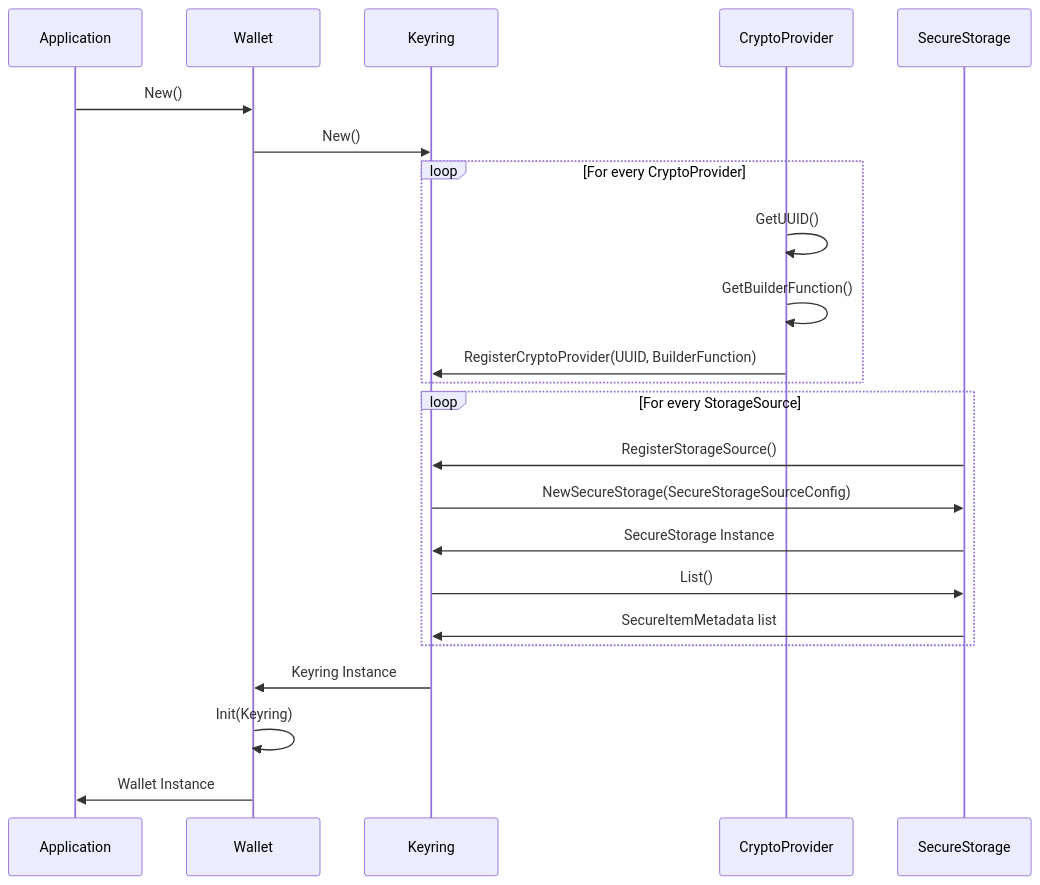
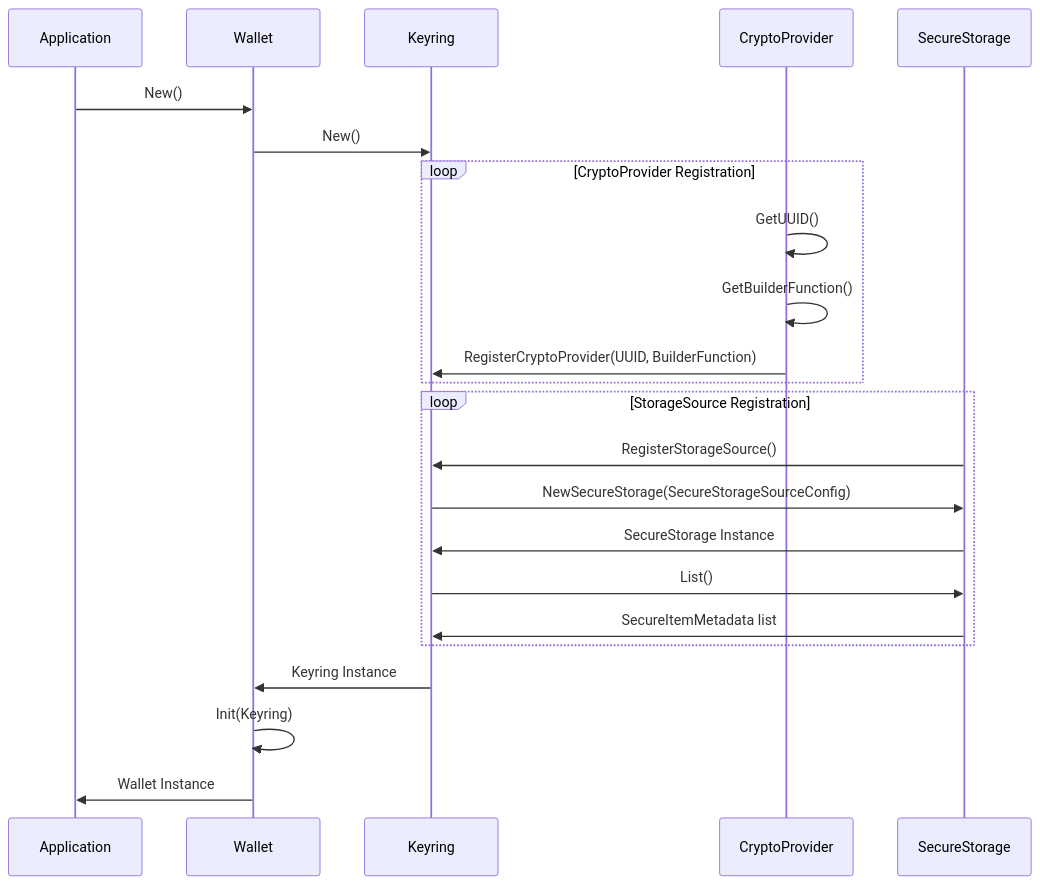
Before and after one commit to Zondax/cosmos-sdk: the third of 4 diagrams in crypto/docs/adr.md, drawn with Mermaid. The commit also changed other lines of this file and 15 other files, not shown here.

````diff
--- a/crypto/docs/adr.md
+++ b/crypto/docs/adr.md
@@ -438,27 +414,32 @@
 ```mermaid
 sequenceDiagram
     participant Application
     participant Wallet
     participant Keyring
     participant CryptoProvider
     participant SecureStorage
 
     Application->> Wallet: New()
     Wallet->>Keyring: New()
-      loop For every CryptoProvider
+
+      loop CryptoProvider Registration
         CryptoProvider->>CryptoProvider: GetUUID()
         CryptoProvider->>CryptoProvider: GetBuilderFunction()
         CryptoProvider->>Keyring: RegisterCryptoProvider(UUID, BuilderFunction)
       end
       
-      loop For every StorageSource
+      loop StorageSource Registration
         SecureStorage->>Keyring: RegisterStorageSource()
         Keyring->>SecureStorage: NewSecureStorage(SecureStorageSourceConfig)
         SecureStorage->>Keyring: SecureStorage Instance
         Keyring->>SecureStorage: List()
         SecureStorage->>Keyring: SecureItemMetadata list
       end
         Keyring->>Wallet: Keyring Instance
+
+    # TODO: Decide if we load everything or not
     Wallet->>Wallet: Init(Keyring)
+
+
     Wallet->>Application: Wallet Instance
 ```
````
